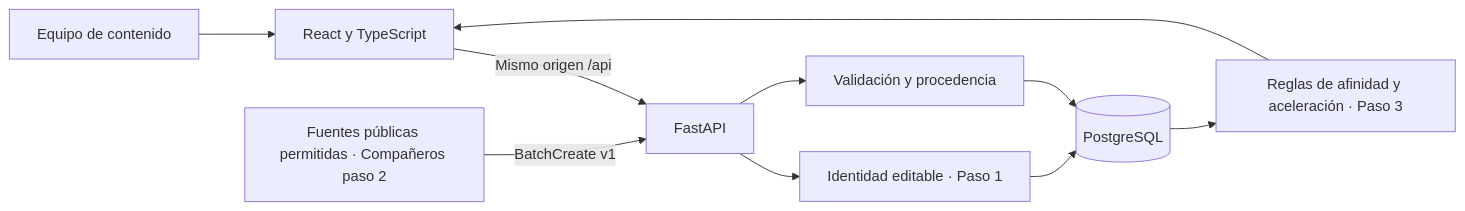
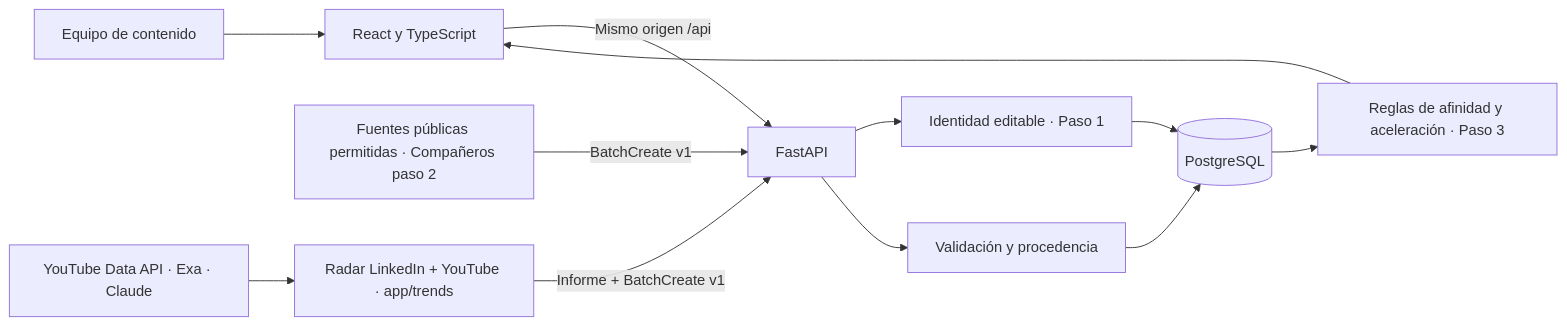
One commit to DuelDEV-s/reto-30X-radar-de-contenido changed the diagram in docs/architecture.md. Above: the diagram before and after it, drawn with Mermaid. The commit also changed other lines of this file and 42 other files, not shown here.

First line of the commit message:
feat: add LinkedIn + YouTube trend radar to discovery

````diff
--- a/docs/architecture.md
+++ b/docs/architecture.md
@@ -3,12 +3,14 @@
 ```mermaid
 flowchart LR
   U[Equipo de contenido] --> W[React y TypeScript]
   W -->|Mismo origen /api| A[FastAPI]
   A --> B[Identidad editable · Paso 1]
   S[Fuentes públicas permitidas · Compañeros paso 2] -->|BatchCreate v1| A
+  T[Radar LinkedIn + YouTube · app/trends] -->|Informe + BatchCreate v1| A
+  Y[YouTube Data API · Exa · Claude] --> T
   A --> V[Validación y procedencia]
   V --> D[(PostgreSQL)]
   B --> D
   D --> R[Reglas de afinidad y aceleración · Paso 3]
   R --> W
 ```
````
